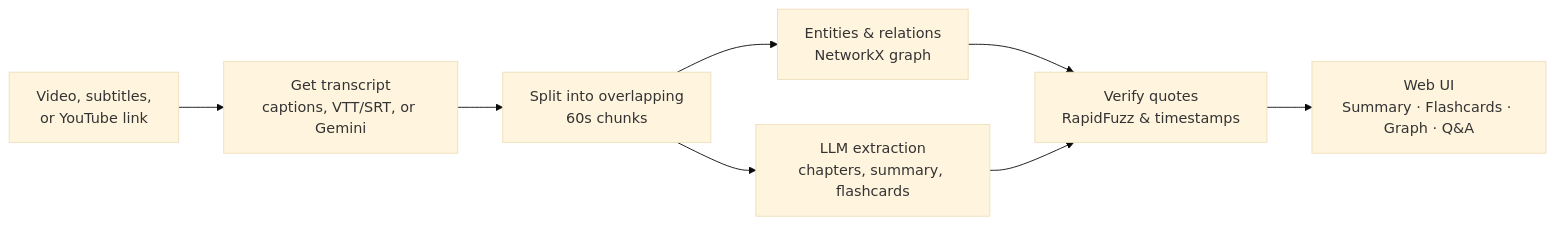
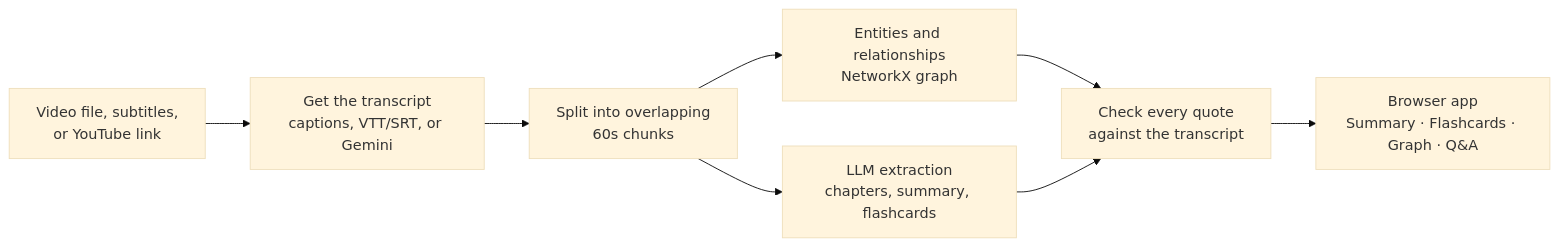
Before and after one commit to XVX-016/MLH_hackathon: the diagram in README.md, drawn with Mermaid (base theme). The commit also changed other lines of this file, not shown here.

````diff
--- a/README.md
+++ b/README.md
@@ -56,10 +54,10 @@
 ```mermaid
 flowchart LR
-    A[Video, subtitles,<br>or YouTube link] --> B[Get transcript<br>captions, VTT/SRT, or Gemini]
+    A[Video file, subtitles,<br>or YouTube link] --> B[Get the transcript<br>captions, VTT/SRT, or Gemini]
     B --> C[Split into overlapping<br>60s chunks]
     C --> D[LLM extraction<br>chapters, summary, flashcards]
-    C --> E[Entities & relations<br>NetworkX graph]
-    E --> F[Verify quotes<br>RapidFuzz & timestamps]
+    C --> E[Entities and relationships<br>NetworkX graph]
+    E --> F[Check every quote<br>against the transcript]
     D --> F
-    F --> G[Web UI<br>Summary · Flashcards · Graph · Q&A]
+    F --> G[Browser app<br>Summary · Flashcards · Graph · Q&A]
 ```
````
